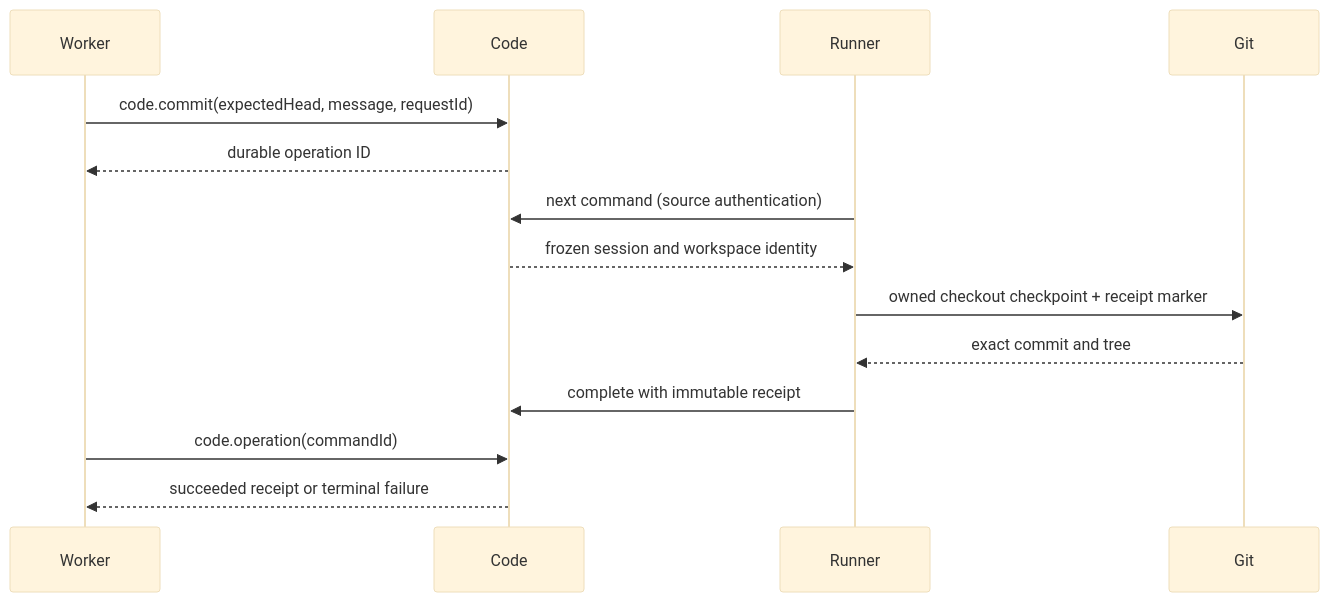
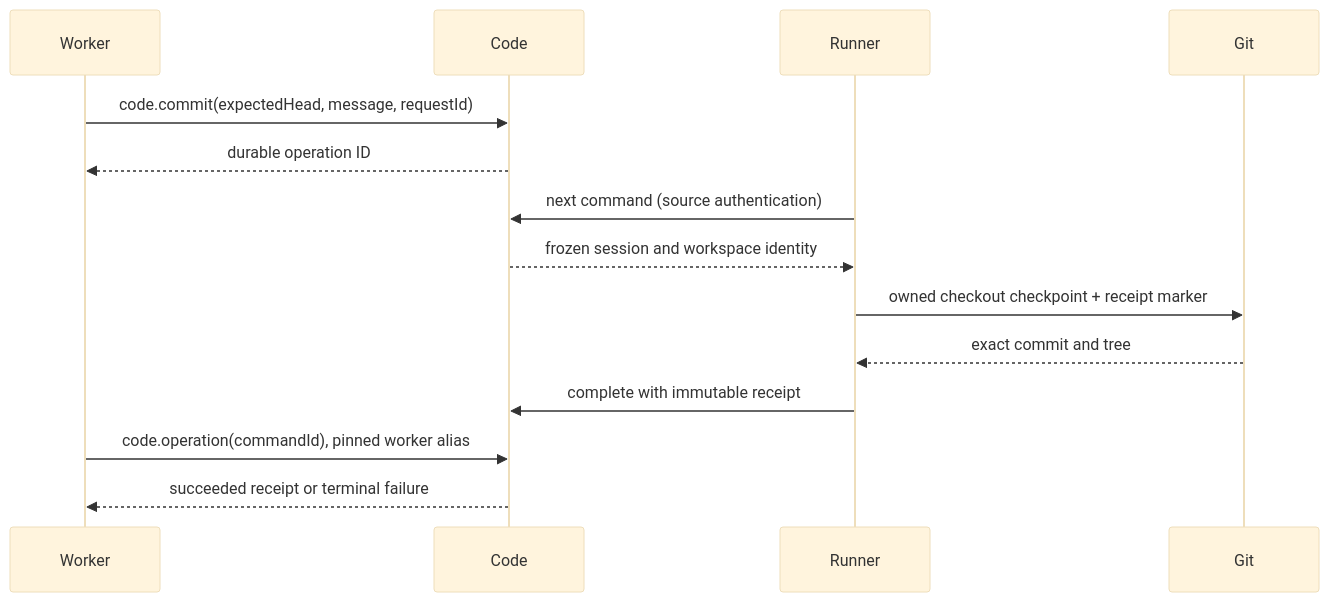
The diagram in merv-typescript/docs/CODE_OPERATIONS.md (rapidreview-io/Merv), drawn with Mermaid (base theme) before and after one commit. The commit also changed other lines of this file and 40 other files, not shown here.

````diff
--- a/merv-typescript/docs/CODE_OPERATIONS.md
+++ b/merv-typescript/docs/CODE_OPERATIONS.md
@@ -29,16 +33,16 @@
 ```mermaid
 sequenceDiagram
   participant Worker
   participant Code
   participant Runner
   participant Git
   Worker->>Code: code.commit(expectedHead, message, requestId)
   Code-->>Worker: durable operation ID
   Runner->>Code: next command (source authentication)
   Code-->>Runner: frozen session and workspace identity
   Runner->>Git: owned checkout checkpoint + receipt marker
   Git-->>Runner: exact commit and tree
   Runner->>Code: complete with immutable receipt
-  Worker->>Code: code.operation(commandId)
+  Worker->>Code: code.operation(commandId), pinned worker alias
   Code-->>Worker: succeeded receipt or terminal failure
 ```
````
